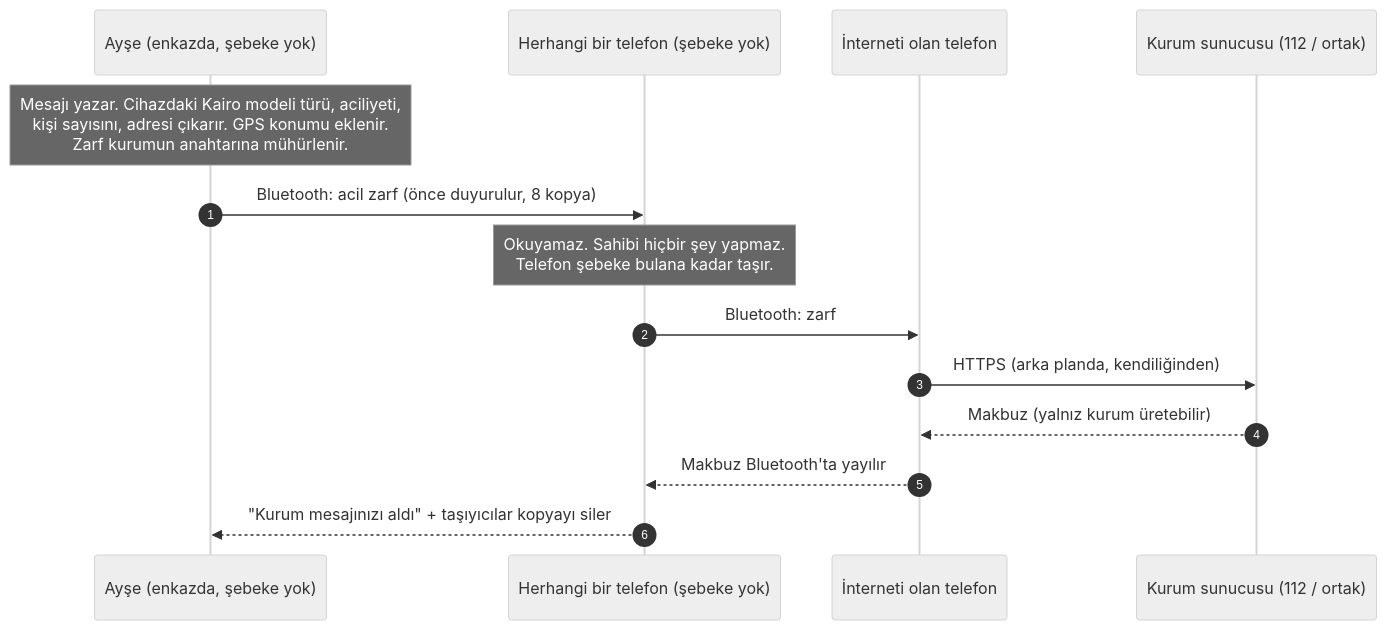
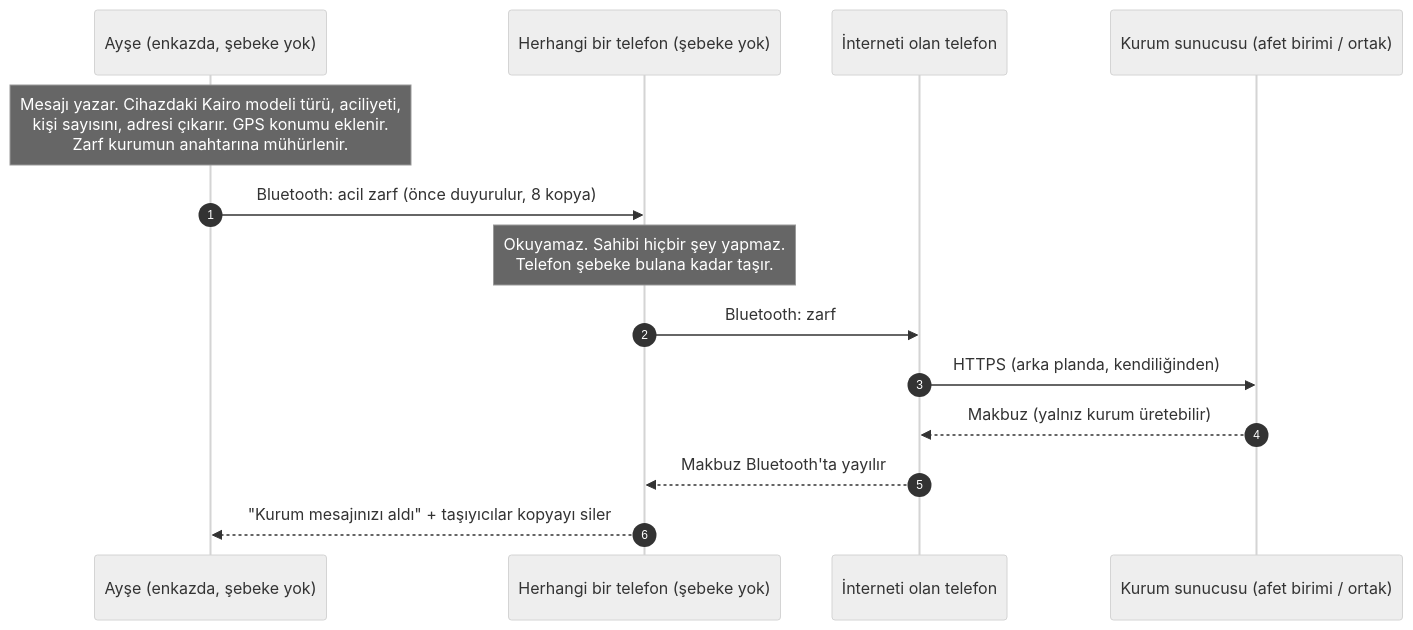
The diagram in docs/05-acil-aktarim.md (kairodynedynamics/kairo-mesh), drawn with Mermaid (neutral theme) before and after one commit. The commit also changed other lines of this file and 22 other files, not shown here.

````diff
--- a/docs/05-acil-aktarim.md
+++ b/docs/05-acil-aktarim.md
@@ -7,16 +9,16 @@
 ```mermaid
 sequenceDiagram
     autonumber
     participant A as Ayşe (enkazda, şebeke yok)
     participant K as Herhangi bir telefon (şebeke yok)
     participant G as İnterneti olan telefon
-    participant S as Kurum sunucusu (112 / ortak)
+    participant S as Kurum sunucusu (afet birimi / ortak)
     Note over A: Mesajı yazar. Cihazdaki Kairo modeli türü, aciliyeti,<br/>kişi sayısını, adresi çıkarır. GPS konumu eklenir.<br/>Zarf kurumun anahtarına mühürlenir.
     A->>K: Bluetooth: acil zarf (önce duyurulur, 8 kopya)
     Note over K: Okuyamaz. Sahibi hiçbir şey yapmaz.<br/>Telefon şebeke bulana kadar taşır.
     K->>G: Bluetooth: zarf
     G->>S: HTTPS (arka planda, kendiliğinden)
     S-->>G: Makbuz (yalnız kurum üretebilir)
     G-->>K: Makbuz Bluetooth'ta yayılır
     K-->>A: "Kurum mesajınızı aldı" + taşıyıcılar kopyayı siler
 ```
````
